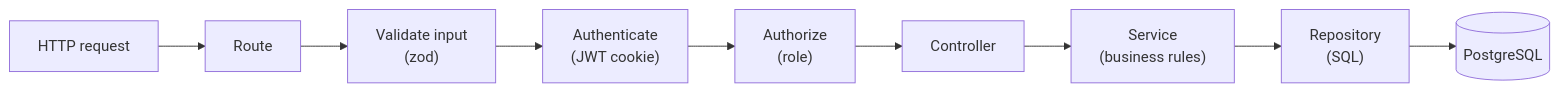
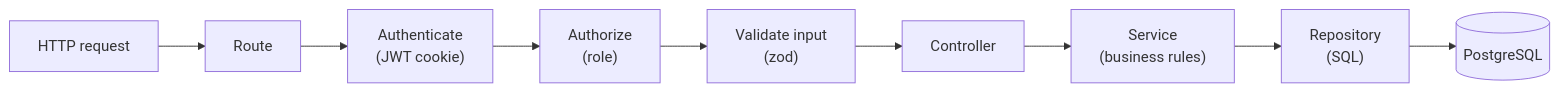
Before and after one commit to prasadilmi2003-lgtm/TrafficFlow: the third of 5 diagrams in docs/architecture.md, drawn with Mermaid. The commit also changed other lines of this file and 133 other files, not shown here.

````diff
--- a/docs/architecture.md
+++ b/docs/architecture.md
@@ -248,11 +273,11 @@
 ```mermaid
 flowchart LR
     req["HTTP request"] --> route["Route"]
-    route --> validate["Validate input<br/>(zod)"]
-    validate --> authn["Authenticate<br/>(JWT cookie)"]
+    route --> authn["Authenticate<br/>(JWT cookie)"]
     authn --> authz["Authorize<br/>(role)"]
-    authz --> ctrl["Controller"]
+    authz --> validate["Validate input<br/>(zod)"]
+    validate --> ctrl["Controller"]
     ctrl --> svc["Service<br/>(business rules)"]
     svc --> repo["Repository<br/>(SQL)"]
     repo --> pg[("PostgreSQL")]
 ```
````
